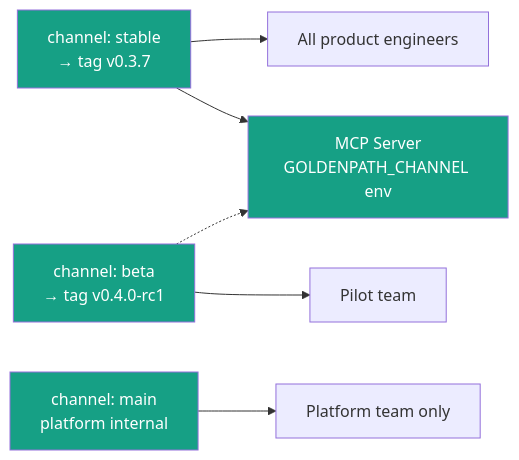
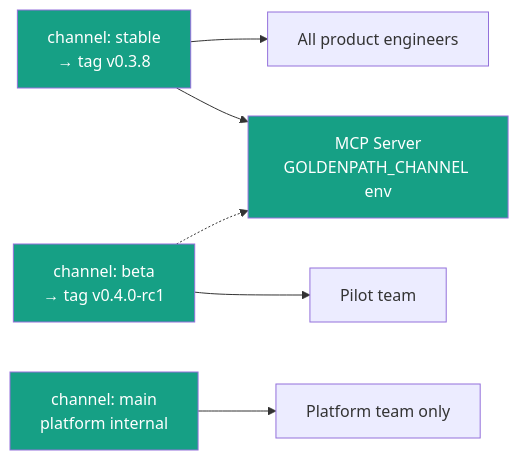
Before and after one commit to jonathannevarez-sc/goldenpath: the seventh of 8 diagrams in docs/design/golden-path-mcp-evolution-architecture.md, drawn with Mermaid. The commit also changed other lines of this file and 44 other files, not shown here.

````diff
--- a/docs/design/golden-path-mcp-evolution-architecture.md
+++ b/docs/design/golden-path-mcp-evolution-architecture.md
@@ -286,16 +286,16 @@
 ```mermaid
 flowchart LR
     classDef ch fill:#16A085,color:#fff
 
-    stable["channel: stable\n→ tag v0.3.7"]:::ch
+    stable["channel: stable\n→ tag v0.3.8"]:::ch
     beta["channel: beta\n→ tag v0.4.0-rc1"]:::ch
     main["channel: main\nplatform internal"]:::ch
 
     stable --> Eng["All product engineers"]
     beta --> Pilot["Pilot team"]
     main --> Plat["Platform team only"]
 
     MCP["MCP Server\nGOLDENPATH_CHANNEL env"]:::ch
     stable --> MCP
     beta -.-> MCP
 ```
````
